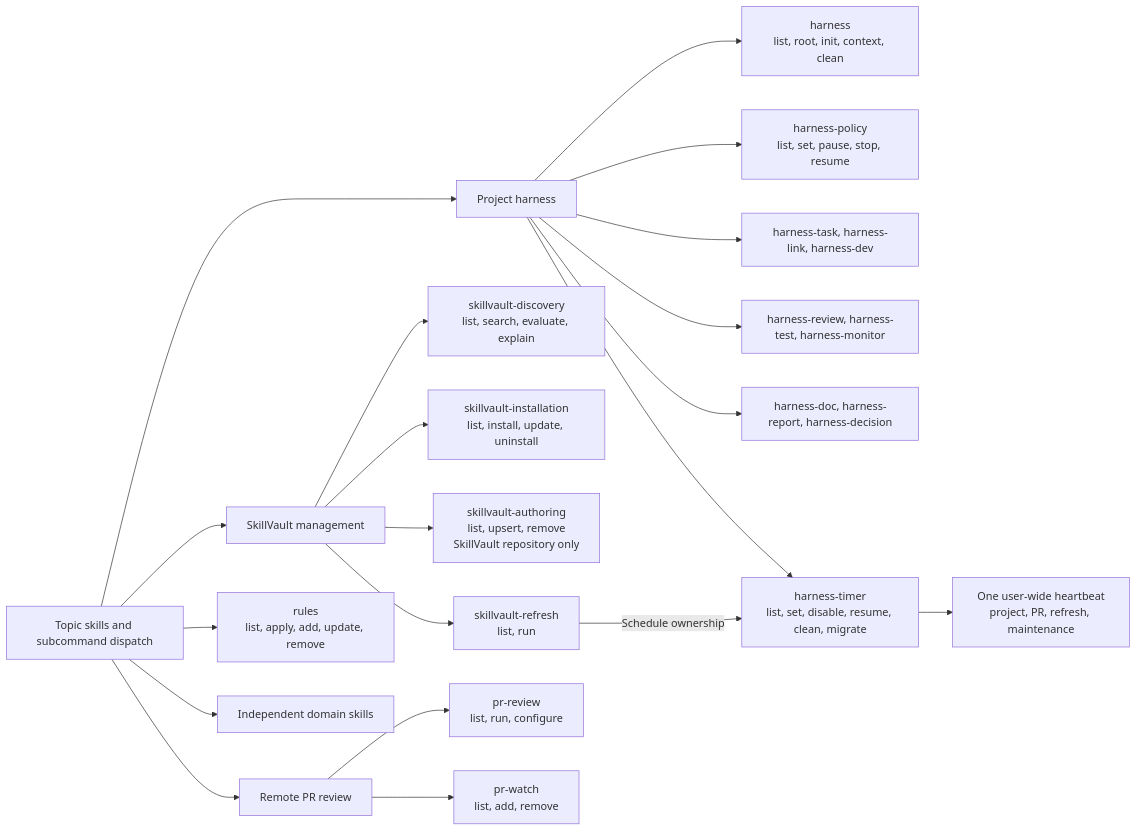
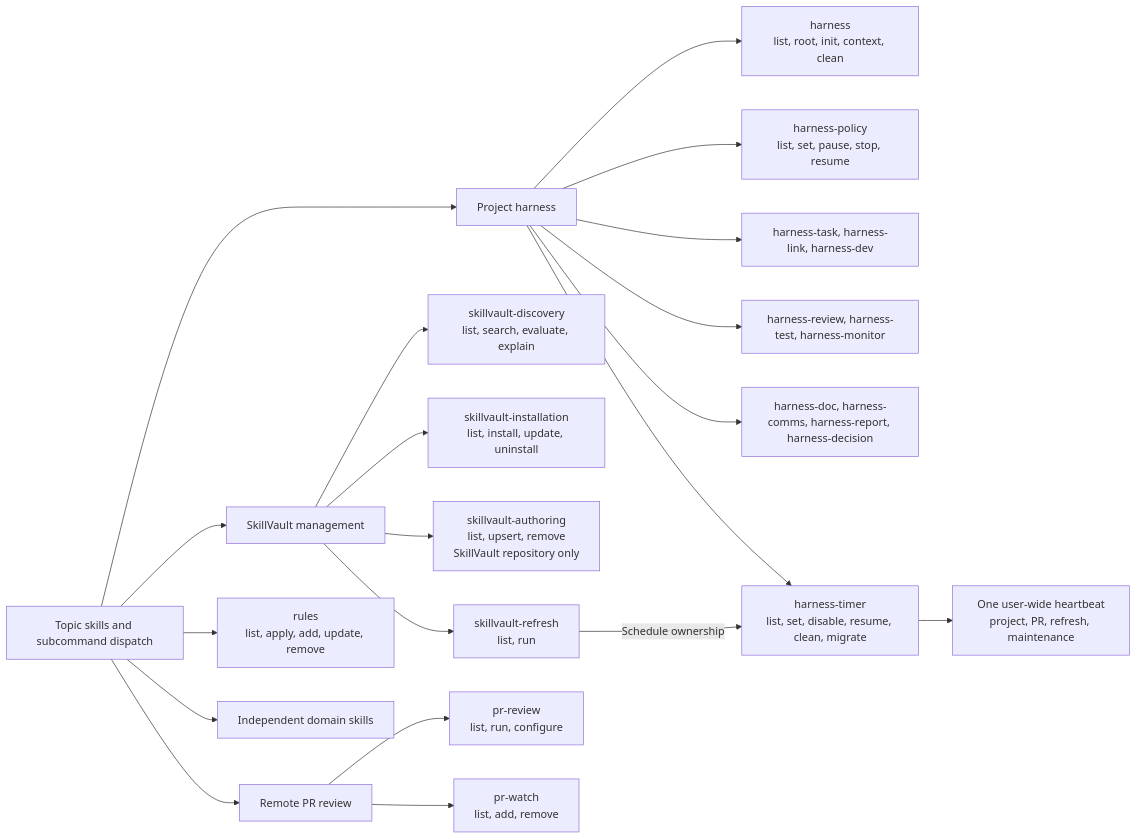
One commit to wzlwit/skillvault changed the first of 2 diagrams in docs/plans/2026-09-16-topic-skill-refactor.md. Above: the diagram before and after it, drawn with Mermaid. The commit also changed other lines of this file and 305 other files, not shown here.

````diff
--- a/docs/plans/2026-09-16-topic-skill-refactor.md
+++ b/docs/plans/2026-09-16-topic-skill-refactor.md
@@ -42,23 +42,23 @@
 ```mermaid
 flowchart LR
     ENTRY["Topic skills and subcommand dispatch"]
     ENTRY --> SV["SkillVault management"]
     ENTRY --> HN["Project harness"]
     ENTRY --> PR["Remote PR review"]
     ENTRY --> RULES["rules<br/>list, apply, add, update, remove"]
     ENTRY --> DOMAIN["Independent domain skills"]
     SV --> DISCOVER["skillvault-discovery<br/>list, search, evaluate, explain"]
     SV --> INSTALL["skillvault-installation<br/>list, install, update, uninstall"]
     SV --> AUTHORING["skillvault-authoring<br/>list, upsert, remove<br/>SkillVault repository only"]
     SV --> REFRESH["skillvault-refresh<br/>list, run"]
     HN --> PROJECT["harness<br/>list, root, init, context, clean"]
     HN --> POLICY["harness-policy<br/>list, set, pause, stop, resume"]
     HN --> WORK["harness-task, harness-link, harness-dev"]
     HN --> CHECK["harness-review, harness-test, harness-monitor"]
-    HN --> OUTPUT["harness-doc, harness-report, harness-decision"]
+    HN --> OUTPUT["harness-doc, harness-comms, harness-report, harness-decision"]
     HN --> TIMER["harness-timer<br/>list, set, disable, resume, clean, migrate"]
     PR --> REVIEW["pr-review<br/>list, run, configure"]
     PR --> WATCH["pr-watch<br/>list, add, remove"]
     TIMER --> HEARTBEAT["One user-wide heartbeat<br/>project, PR, refresh, maintenance"]
     REFRESH -->|Schedule ownership| TIMER
 ```
````
